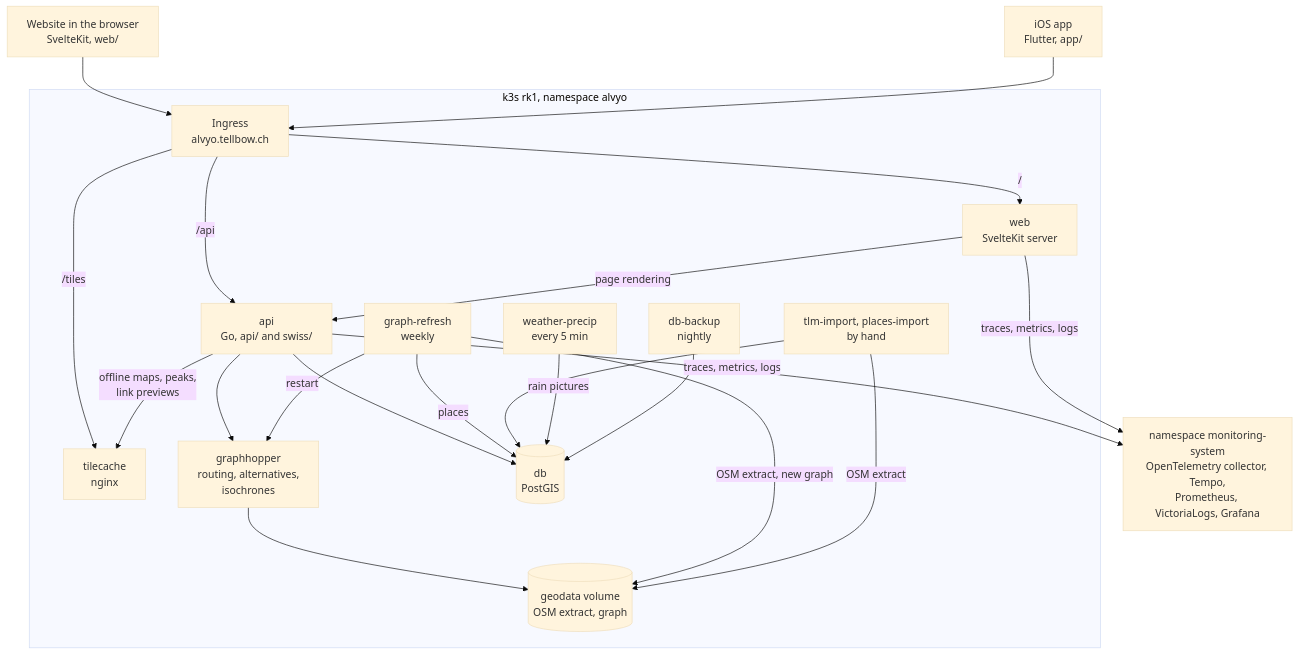
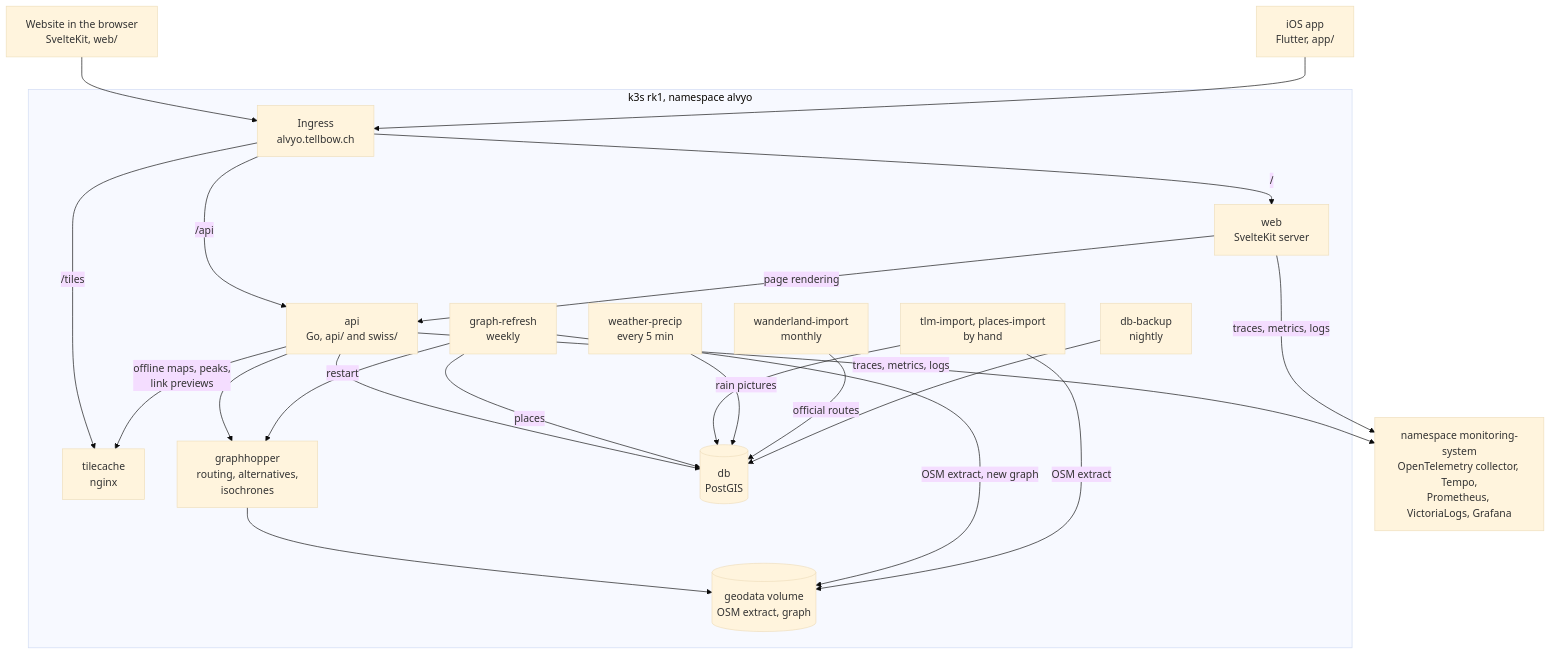
The first of 3 diagrams in docs/architecture.md (tellbow/alvyo), drawn with Mermaid (base theme) before and after one commit. The commit also changed other lines of this file and 58 other files, not shown here.

First line of the commit message:
The official routes of Wanderland Schweiz, and copies of any route

````diff
--- a/docs/architecture.md
+++ b/docs/architecture.md
@@ -17,42 +17,44 @@
 ```mermaid
 flowchart TB
   browser["Website in the browser<br/>SvelteKit, web/"]
   app["iOS app<br/>Flutter, app/"]
 
   subgraph k3s["k3s rk1, namespace alvyo"]
     ingress["Ingress<br/>alvyo.tellbow.ch"]
     web["web<br/>SvelteKit server"]
     api["api<br/>Go, api/ and swiss/"]
     tiles["tilecache<br/>nginx"]
     gh["graphhopper<br/>routing, alternatives,<br/>isochrones"]
     db[("db<br/>PostGIS")]
     geodata[("geodata volume<br/>OSM extract, graph")]
     backup["db-backup<br/>nightly"]
     refresh["graph-refresh<br/>weekly"]
     imports["tlm-import, places-import<br/>by hand"]
+    wanderland["wanderland-import<br/>monthly"]
     precip["weather-precip<br/>every 5 min"]
   end
 
   monitoring["namespace monitoring-system<br/>OpenTelemetry collector, Tempo,<br/>Prometheus, VictoriaLogs, Grafana"]
 
   browser --> ingress
   app --> ingress
   ingress -- "/" --> web
   ingress -- "/api" --> api
   ingress -- "/tiles" --> tiles
   web -- "page rendering" --> api
 
   api --> db
   api --> gh
   api -- "offline maps, peaks,<br/>link previews" --> tiles
   gh --> geodata
   refresh -- "OSM extract, new graph" --> geodata
   refresh -- "restart" --> gh
   refresh -- "places" --> db
   imports -- "OSM extract" --> geodata
   imports --> db
   precip -- "rain pictures" --> db
+  wanderland -- "official routes" --> db
   backup --> db
 
   api & web -- "traces, metrics, logs" --> monitoring
 ```
````
